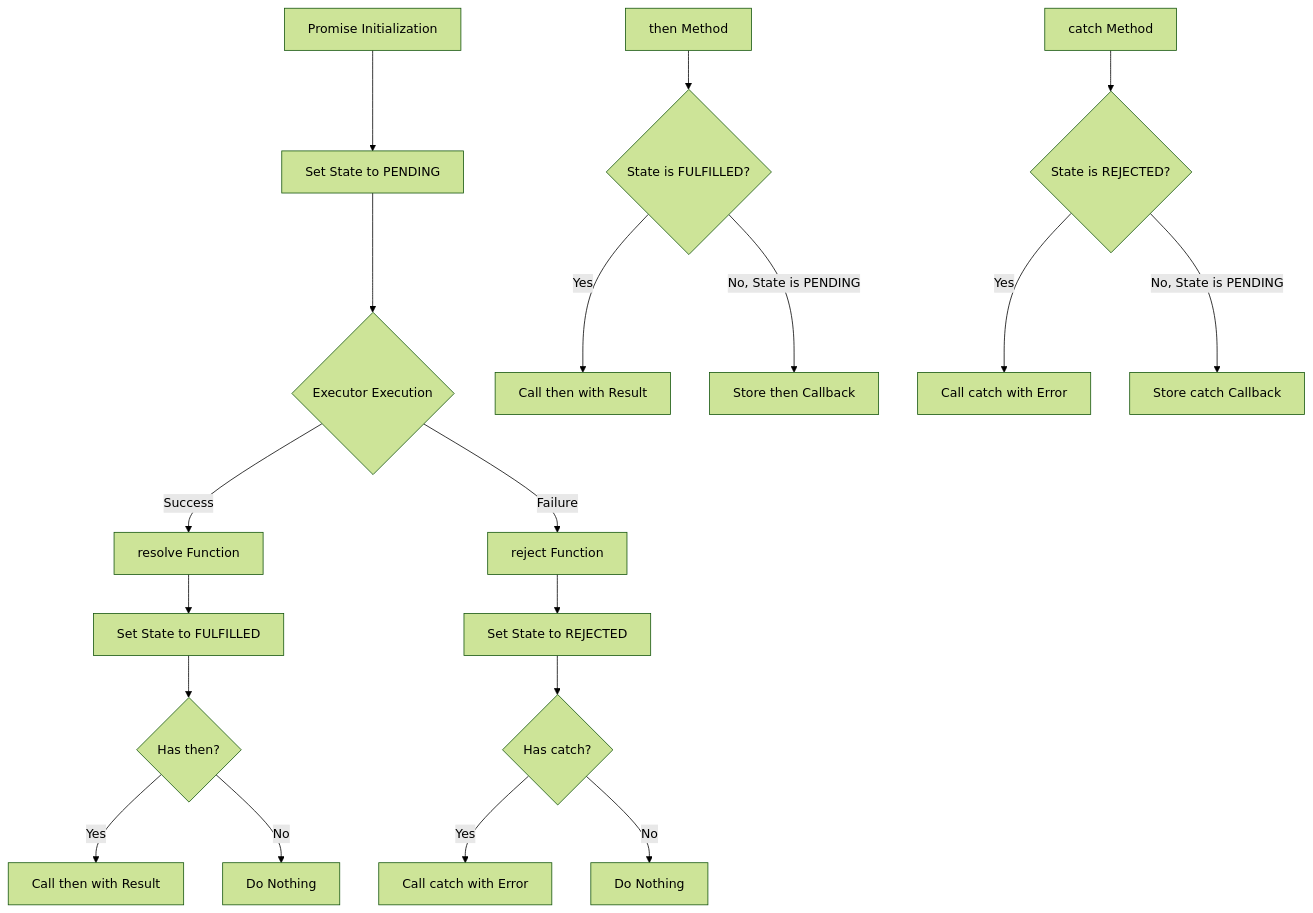
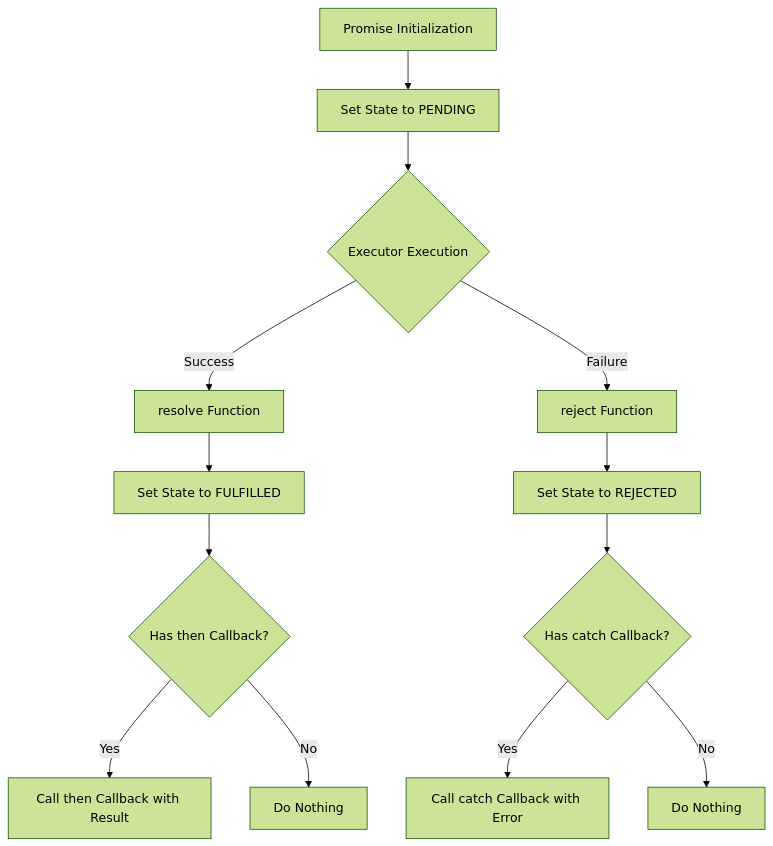
Before and after one commit to juanchoclasses/promises-typescript-public: the diagram in README.md, drawn with Mermaid (forest theme).

Commit message:
simple diagram

````diff
--- a/README.md
+++ b/README.md
@@ -10,25 +10,18 @@
- ```mermaid
-flowchart TD
-    A[Promise Initialization] --> B[Set State to PENDING]
-    B --> C{Executor Execution}
-    C -->|Success| D[resolve Function]
-    C -->|Failure| E[reject Function]
+```mermaid
+    flowchart TD
+        A[Promise Initialization] --> B[Set State to PENDING]
+        B --> C{Executor Execution}
+        C -->|Success| D[resolve Function]
+        C -->|Failure| E[reject Function]
 
-    D --> F[Set State to FULFILLED]
-    F --> G{Has then?}
-    G -->|Yes| H[Call then with Result]
-    G -->|No| I[Do Nothing]
+        D --> F[Set State to FULFILLED]
+        F --> G{Has then Callback?}
+        G -->|Yes| H[Call then Callback with Result]
+        G -->|No| I[Do Nothing]
 
-    E --> J[Set State to REJECTED]
-    J --> K{Has catch?}
-    K -->|Yes| L[Call catch with Error]
-    K -->|No| M[Do Nothing]
-
-    N[then Method] --> O{State is FULFILLED?}
-    O -->|Yes| P[Call then with Result]
-    O -->|No, State is PENDING| Q[Store then Callback]
-
-    R[catch Method] --> S{State is REJECTED?}
-    S -->|Yes| T[Call catch with Error]
-    S -->|No, State is PENDING| U[Store catch Callback]
+        E --> J[Set State to REJECTED]
+        J --> K{Has catch Callback?}
+        K -->|Yes| L[Call catch Callback with Error]
+        K -->|No| M[Do Nothing]
+       
 ```
````
